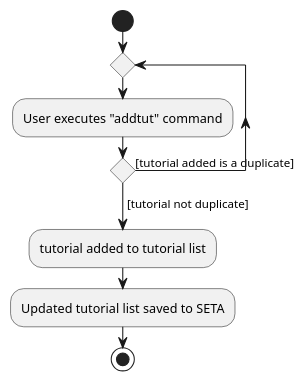
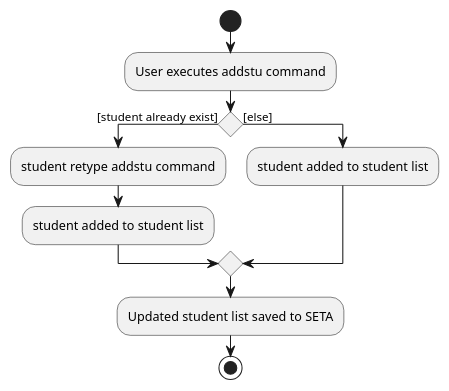
The diagram in docs/diagrams/AddStuActivityDiagram.puml (nus-cs2103-AY2223S1/tp), drawn with PlantUML before and after one commit. The commit also changed 1 other file, not shown here.

```diff
--- a/docs/diagrams/AddStuActivityDiagram.puml
+++ b/docs/diagrams/AddStuActivityDiagram.puml
@@ -1,14 +1,17 @@
 @startuml
+'https://plantuml.com/activity-diagram-beta
+
 start
+:User executes addstu command;
+if () then ([student already exist])
+  :student retype addstu command;
+  :student added to student list;
+else ([else])
+    :student added to student list;
+endif
 
-repeat
-:User executes "addtut" command;
-repeat while () is ([tutorial added is a duplicate])
--> [tutorial not duplicate];
-
-:tutorial added to tutorial list;
-
-:Updated tutorial list saved to SETA;
+:Updated student list saved to SETA;
 
 stop
+
 @enduml
```
